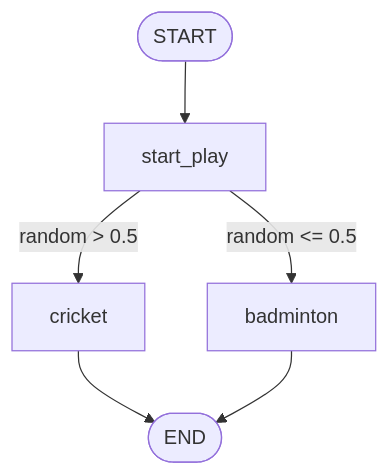
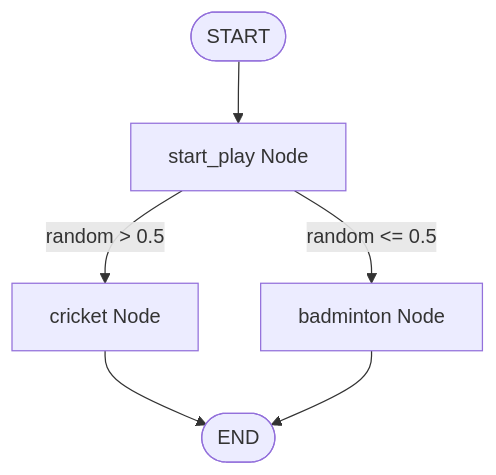
The third of 8 diagrams in notes.md (Shivanshvyas1729/Krish_naik_rag_notes2), drawn with Mermaid before and after one commit. The commit also changed other lines of this file and 4 other files, not shown here.

````diff
--- a/notes.md
+++ b/notes.md
@@ -122,8 +145,8 @@
 ```mermaid
 graph TD
-    __start__([START]) --> start_play[start_play]
-    start_play -->|random > 0.5| cricket[cricket]
-    start_play -->|random <= 0.5| badminton[badminton]
+    __start__([START]) --> start_play[start_play Node]
+    start_play -->|random > 0.5| cricket[cricket Node]
+    start_play -->|random <= 0.5| badminton[badminton Node]
     cricket --> __end__([END])
     badminton --> __end__([END])
 ```
````
